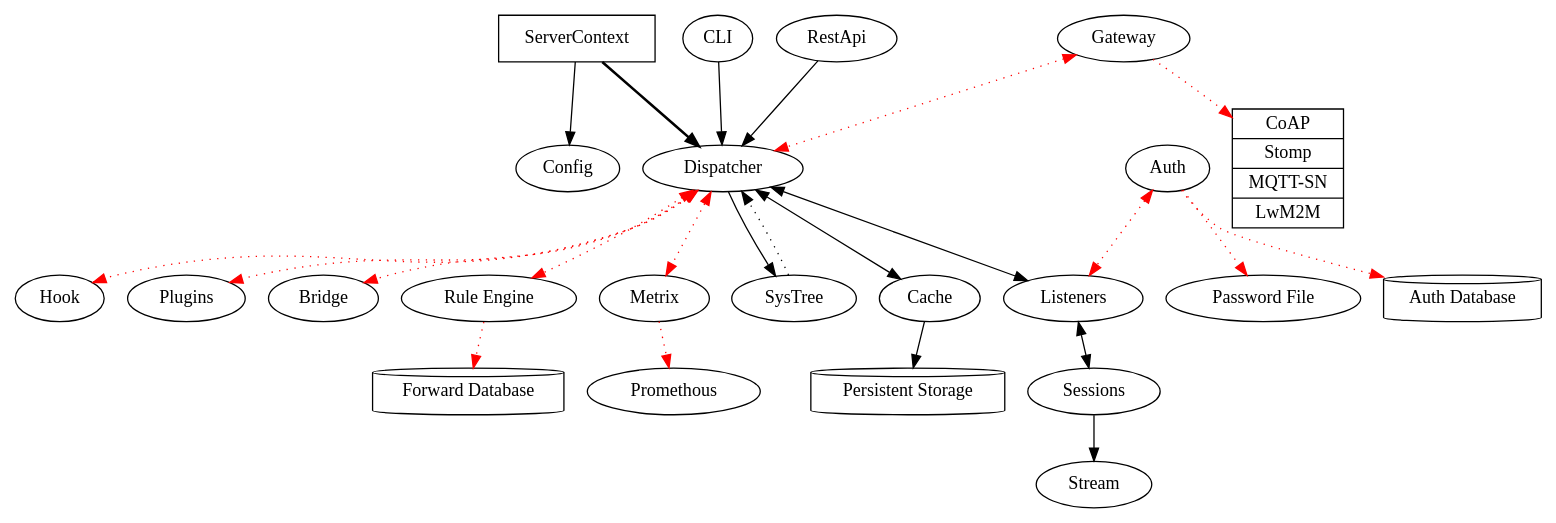
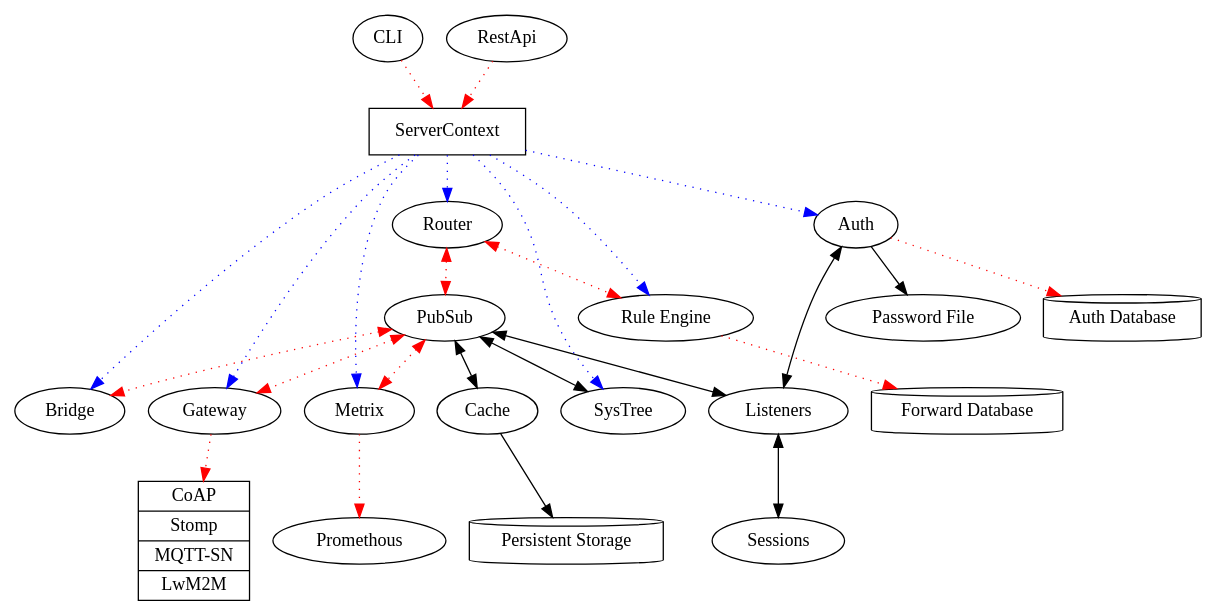
Before and after one commit to RustRobotics/hebo: the diagram in docs/internal.dot, drawn with Graphviz.

Commit message:
docs: Break Dispatcher into Router layer and PubSub layer

```diff
--- a/docs/internal.dot
+++ b/docs/internal.dot
@@ -1,53 +1,51 @@
 
 digraph {
+	// cli
+	CLI -> ServerContext [style=dotted, color=red];
+
+	// dashboard app
+	RestApi -> ServerContext [style=dotted, color=red];
+
 	ServerContext [shape=box];
-	ServerContext -> Config;
-	ServerContext -> Dispatcher [style=bold];
+	ServerContext -> Auth [style=dotted, color=blue];
+	ServerContext -> Bridge [style=dotted, color=blue];
+	ServerContext -> Gateway [style=dotted, color=blue];
+	ServerContext -> Metrix [style=dotted, color=blue];
+	ServerContext -> Router [style=dotted, color=blue];
+	ServerContext -> "Rule Engine" [style=dotted, color=blue];
+	ServerContext -> SysTree [style=dotted, color=blue];
 
-	Dispatcher -> Listeners [dir=both];
+	Router -> PubSub [dir=both, color=red, style=dotted];
 
-	Dispatcher -> SysTree;
-	SysTree -> Dispatcher [style=dotted];
+	PubSub -> Listeners [dir=both];
+	Listeners -> Sessions [dir=both];
 
-	Dispatcher -> Cache [dir=both];
+	PubSub -> SysTree [dir=both];
+
+	PubSub -> Cache [dir=both];
 	"Persistent Storage" [shape=cylinder];
 	Cache -> "Persistent Storage";
 
-	Listeners -> Sessions [dir=both];
-	Sessions -> Stream;
-
-	// cli
-	CLI -> Dispatcher;
-
-	// dashboard app
-	RestApi -> Dispatcher;
-
 	// auth app
-	Auth -> Listeners [dir=both, style=dotted, color=red];
-	Auth -> "Password File" [style=dotted, color=red];
+	Auth -> Listeners [dir=both];
+	Auth -> "Password File";
 	"Auth Database" [shape=cylinder];
 	Auth -> "Auth Database" [style=dotted, color=red];
 
-	// hook app
-	Dispatcher -> Hook [dir=both, style=dotted, color=red];
-
-	// plugin app
-	Dispatcher -> Plugins [dir=both,style=dotted, color=red];
-
 	// gateway app
-	Gateway -> Dispatcher [dir=both, style=dotted, color=red];
+	PubSub -> Gateway [dir=both, style=dotted, color=red];
 	ExternalProtocols [shape=record, label="{ CoAP | Stomp | MQTT-SN | LwM2M }"];
 	Gateway -> ExternalProtocols [style=dotted, color=red];
 
 	// mqtt bridge app
-	Dispatcher -> Bridge [dir=both,style=dotted, color=red];
+	PubSub -> Bridge [dir=both,style=dotted, color=red];
 
 	// rule engine app
-	Dispatcher -> "Rule Engine" [dir=both, style=dotted, color=red];
+	Router -> "Rule Engine" [dir=both, style=dotted, color=red];
 	"Forward Database" [shape=cylinder];
 	"Rule Engine" -> "Forward Database" [style=dotted, color=red];
 
 	// monitor app
-	Dispatcher -> Metrix [dir=both, style=dotted, color=red];
+	PubSub -> Metrix [dir=both, style=dotted, color=red];
 	Metrix -> Promethous [style=dotted, color=red];
 }
```
